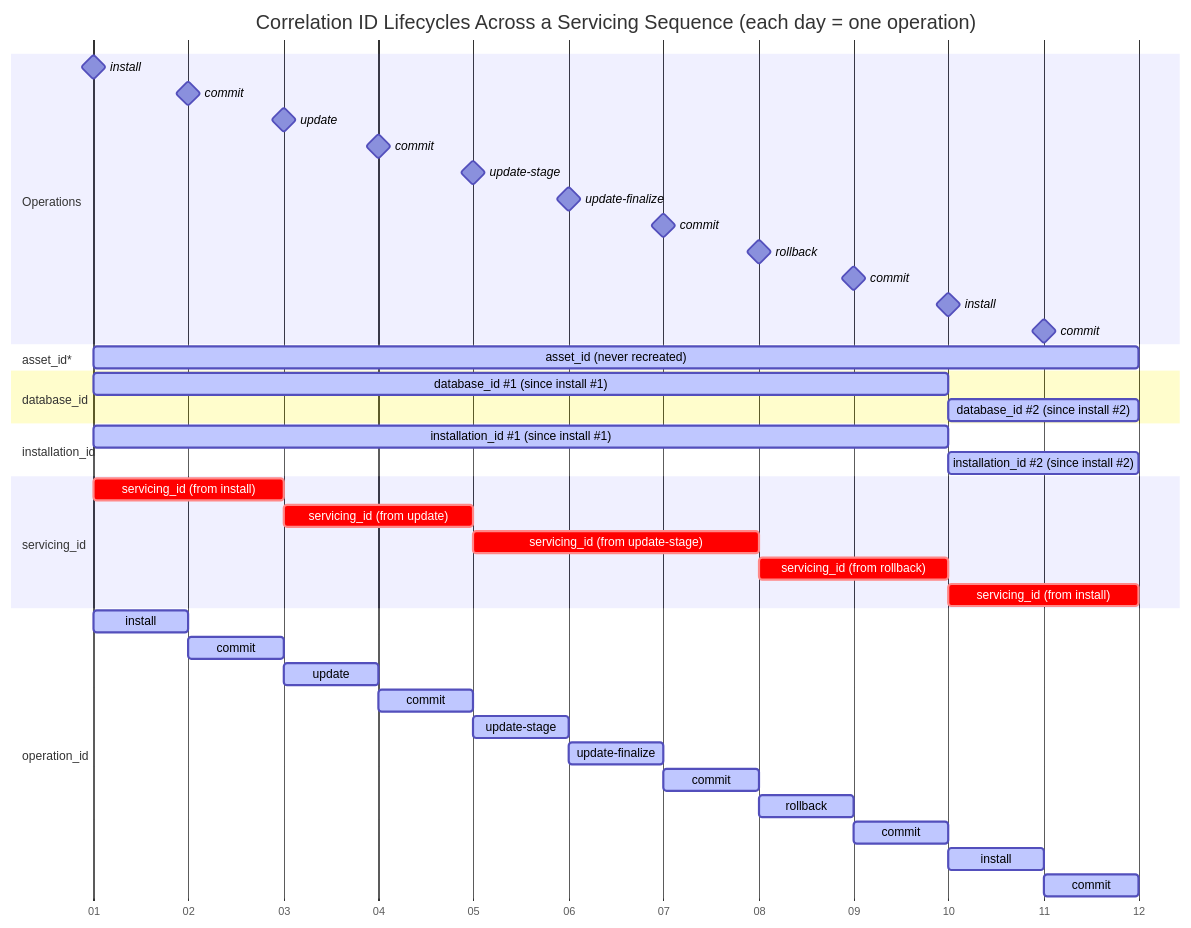
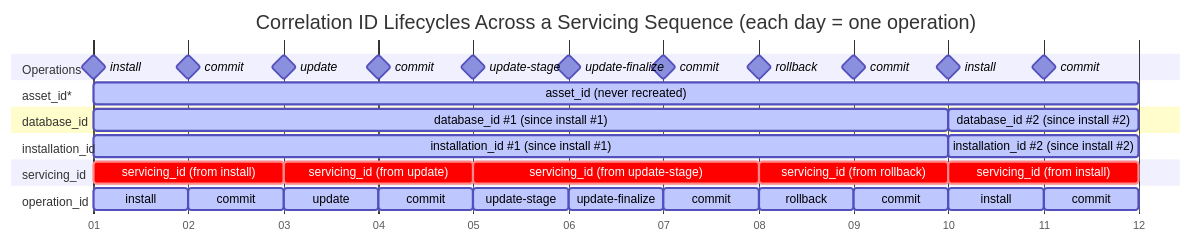
Before and after one commit to microsoft/trident: the diagram in docs/Reference/Telemetry.md, drawn with Mermaid.

Commit message:
docs: use compact display mode for correlation ID gantt diagram

````diff
--- a/docs/Reference/Telemetry.md
+++ b/docs/Reference/Telemetry.md
@@ -87,50 +87,51 @@
 ```mermaid
+%%{init: {'gantt': {'displayMode': 'compact'}}}%%
 gantt
     dateFormat  YYYY-MM-DD
     axisFormat  %d
     title Correlation ID Lifecycles Across a Servicing Sequence (each day = one operation)
 
     section Operations
     install            :milestone, m1, 2024-01-01, 0d
     commit             :milestone, m2, 2024-01-02, 0d
     update             :milestone, m3, 2024-01-03, 0d
     commit             :milestone, m4, 2024-01-04, 0d
     update-stage       :milestone, m5, 2024-01-05, 0d
     update-finalize    :milestone, m6, 2024-01-06, 0d
     commit             :milestone, m7, 2024-01-07, 0d
     rollback           :milestone, m8, 2024-01-08, 0d
     commit             :milestone, m9, 2024-01-09, 0d
     install            :milestone, m10, 2024-01-10, 0d
     commit             :milestone, m11, 2024-01-11, 0d
 
     section asset_id*
     asset_id (never recreated)            :active, asset1, 2024-01-01, 11d
 
     section database_id
     database_id #1 (since install #1)     :active, db1, 2024-01-01, 9d
     database_id #2 (since install #2)     :active, db2, 2024-01-10, 2d
 
     section installation_id
     installation_id #1 (since install #1) :active, inst1, 2024-01-01, 9d
     installation_id #2 (since install #2) :active, inst2, 2024-01-10, 2d
 
     section servicing_id
     servicing_id (from install)           :crit, sid1, 2024-01-01, 2d
     servicing_id (from update)            :crit, sid2, 2024-01-03, 2d
     servicing_id (from update-stage)      :crit, sid3, 2024-01-05, 3d
     servicing_id (from rollback)          :crit, sid4, 2024-01-08, 2d
     servicing_id (from install)           :crit, sid5, 2024-01-10, 2d
 
     section operation_id
     install         :active, o1, 2024-01-01, 1d
     commit          :active, o2, 2024-01-02, 1d
     update          :active, o3, 2024-01-03, 1d
     commit          :active, o4, 2024-01-04, 1d
     update-stage    :active, o5, 2024-01-05, 1d
     update-finalize :active, o6, 2024-01-06, 1d
     commit          :active, o7, 2024-01-07, 1d
     rollback        :active, o8, 2024-01-08, 1d
     commit          :active, o9, 2024-01-09, 1d
     install         :active, o10, 2024-01-10, 1d
     commit          :active, o11, 2024-01-11, 1d
 ```
````
